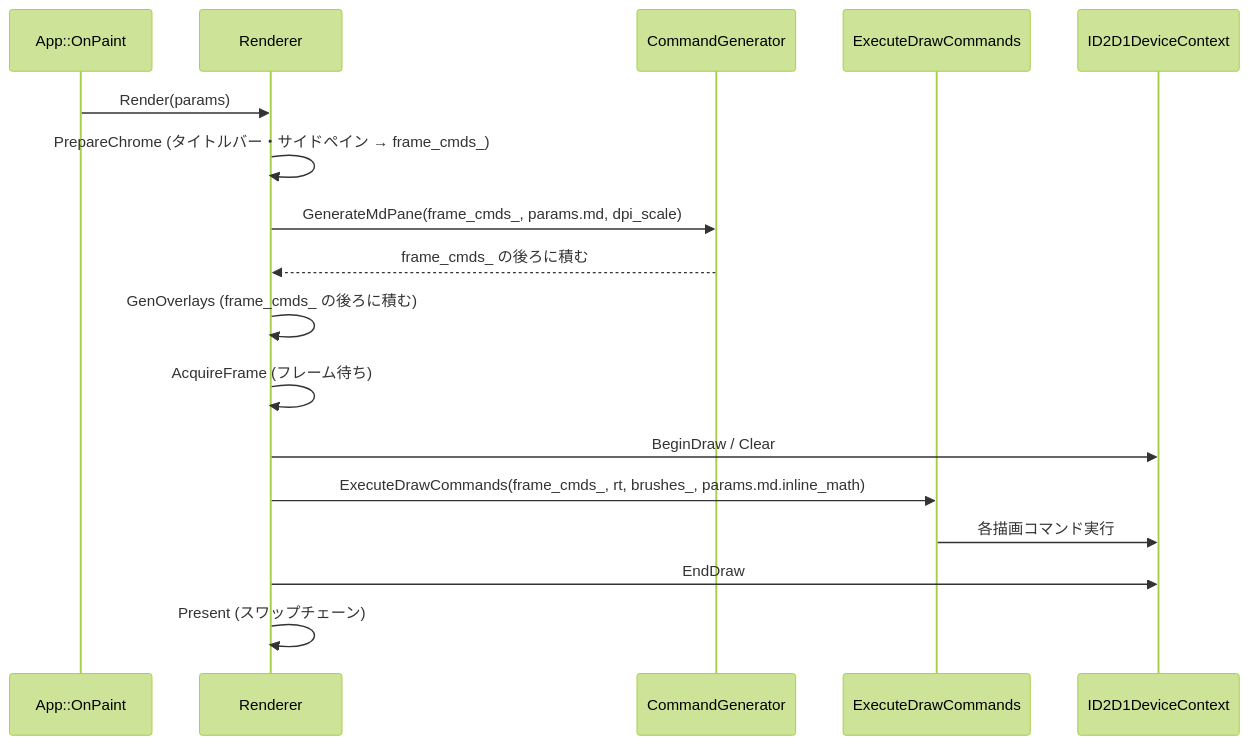
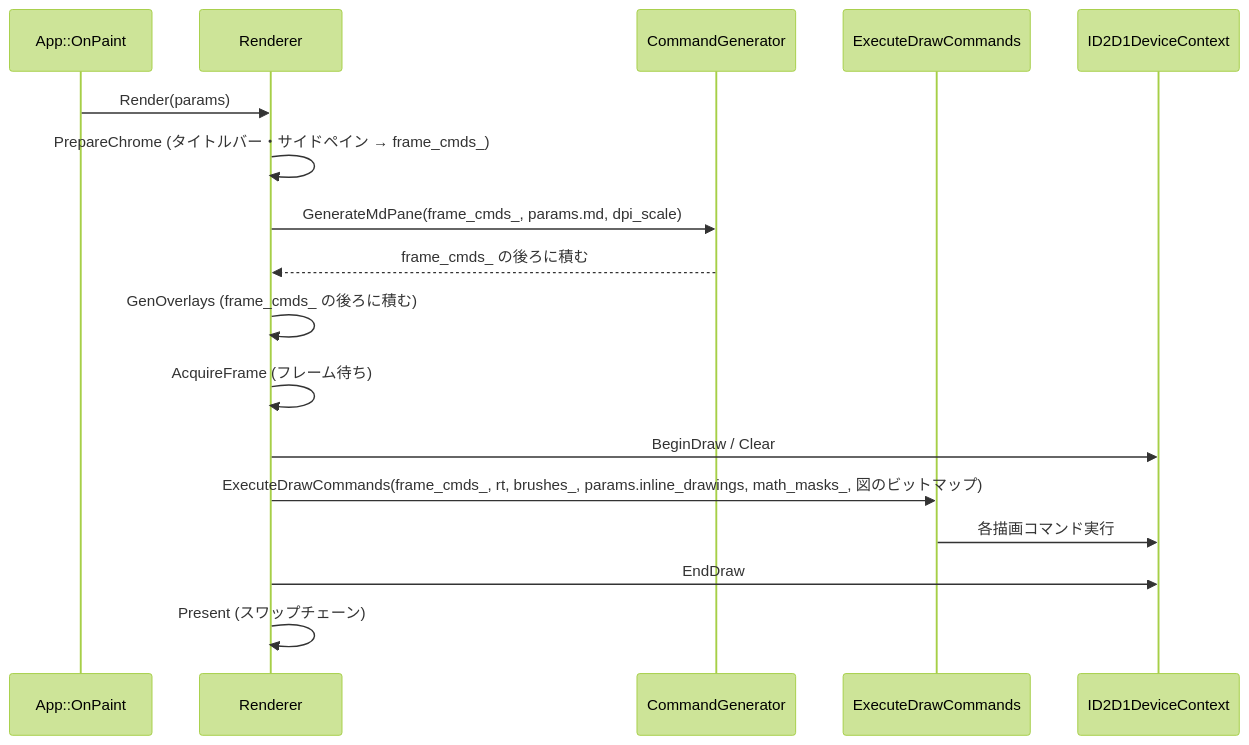
The eighth of 58 diagrams in example/test.md (tanaton/mendo), drawn with Mermaid (forest theme) before and after one commit. The commit also changed other lines of this file and 91 other files, not shown here.

````diff
--- a/example/test.md
+++ b/example/test.md
@@ -1073,20 +1126,20 @@
 ```mermaid
 sequenceDiagram
     participant APP as App::OnPaint
     participant R as Renderer
     participant CG as CommandGenerator
     participant CE as ExecuteDrawCommands
     participant RT as ID2D1DeviceContext
 
     APP->>R: Render(params)
     R->>R: PrepareChrome (タイトルバー・サイドペイン → frame_cmds_)
     R->>CG: GenerateMdPane(frame_cmds_, params.md, dpi_scale)
     CG-->>R: frame_cmds_ の後ろに積む
     R->>R: GenOverlays (frame_cmds_ の後ろに積む)
     R->>R: AcquireFrame (フレーム待ち)
     R->>RT: BeginDraw / Clear
-    R->>CE: ExecuteDrawCommands(frame_cmds_, rt, brushes_, params.md.inline_math)
+    R->>CE: ExecuteDrawCommands(frame_cmds_, rt, brushes_, params.inline_drawings, math_masks_, 図のビットマップ)
     CE->>RT: 各描画コマンド実行
     R->>RT: EndDraw
     R->>R: Present (スワップチェーン)
 ```
````
